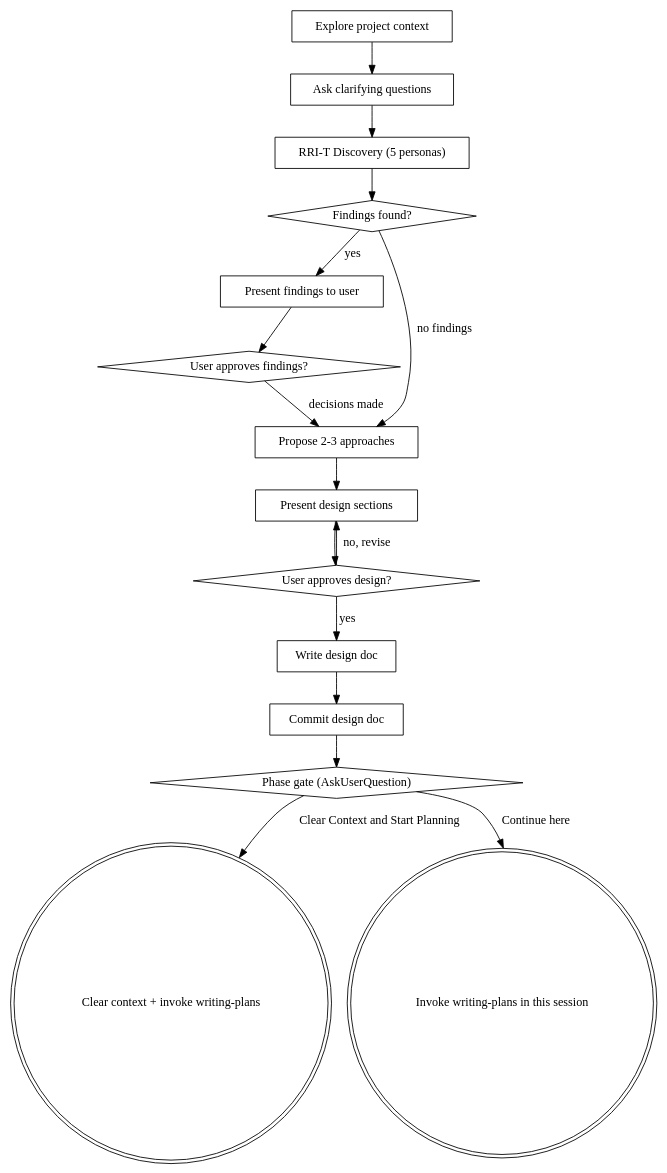
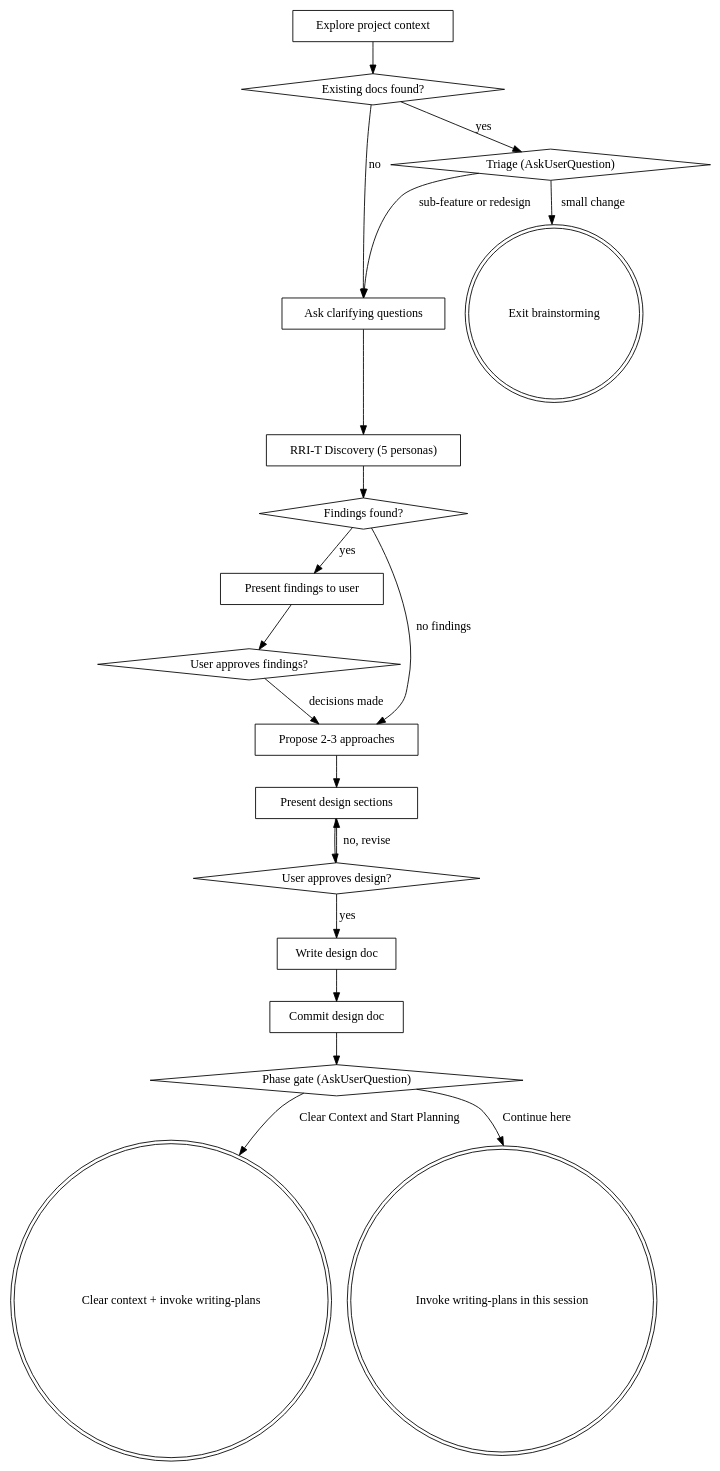
Before and after one commit to khangle95/superpowers-fork: the diagram in skills/brainstorming/SKILL.md, drawn with Graphviz. The commit also changed other lines of this file, not shown here.

Commit message:
feat(brainstorming): add triage step for iteration scenarios

````diff
--- a/skills/brainstorming/SKILL.md
+++ b/skills/brainstorming/SKILL.md
@@ -36,34 +37,41 @@
 ```dot
 digraph brainstorming {
     "Explore project context" [shape=box];
     "Ask clarifying questions" [shape=box];
     "RRI-T Discovery (5 personas)" [shape=box];
     "Findings found?" [shape=diamond];
     "Present findings to user" [shape=box];
     "User approves findings?" [shape=diamond];
     "Propose 2-3 approaches" [shape=box];
     "Present design sections" [shape=box];
     "User approves design?" [shape=diamond];
     "Write design doc" [shape=box];
     "Commit design doc" [shape=box];
     "Phase gate (AskUserQuestion)" [shape=diamond];
     "Clear context + invoke writing-plans" [shape=doublecircle];
     "Invoke writing-plans in this session" [shape=doublecircle];
+    "Existing docs found?" [shape=diamond];
+    "Triage (AskUserQuestion)" [shape=diamond];
+    "Exit brainstorming" [shape=doublecircle];
 
-    "Explore project context" -> "Ask clarifying questions";
+    "Explore project context" -> "Existing docs found?" ;
+    "Existing docs found?" -> "Triage (AskUserQuestion)" [label="yes"];
+    "Existing docs found?" -> "Ask clarifying questions" [label="no"];
+    "Triage (AskUserQuestion)" -> "Exit brainstorming" [label="small change"];
+    "Triage (AskUserQuestion)" -> "Ask clarifying questions" [label="sub-feature or redesign"];
     "Ask clarifying questions" -> "RRI-T Discovery (5 personas)";
     "RRI-T Discovery (5 personas)" -> "Findings found?";
     "Findings found?" -> "Present findings to user" [label="yes"];
     "Findings found?" -> "Propose 2-3 approaches" [label="no findings"];
     "Present findings to user" -> "User approves findings?";
     "User approves findings?" -> "Propose 2-3 approaches" [label="decisions made"];
     "Propose 2-3 approaches" -> "Present design sections";
     "Present design sections" -> "User approves design?";
     "User approves design?" -> "Present design sections" [label="no, revise"];
     "User approves design?" -> "Write design doc" [label="yes"];
     "Write design doc" -> "Commit design doc";
     "Commit design doc" -> "Phase gate (AskUserQuestion)";
     "Phase gate (AskUserQuestion)" -> "Clear context + invoke writing-plans" [label="Clear Context and Start Planning"];
     "Phase gate (AskUserQuestion)" -> "Invoke writing-plans in this session" [label="Continue here"];
 }
 ```
````
